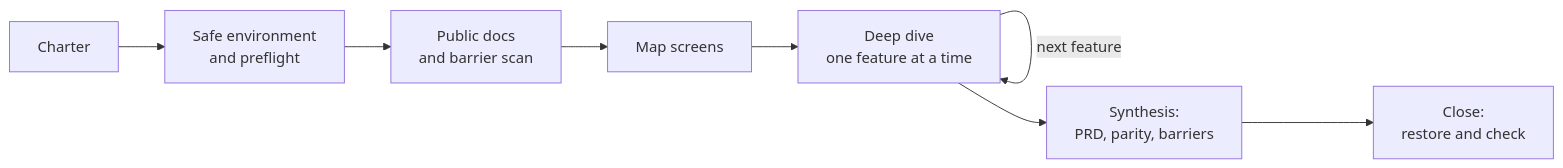
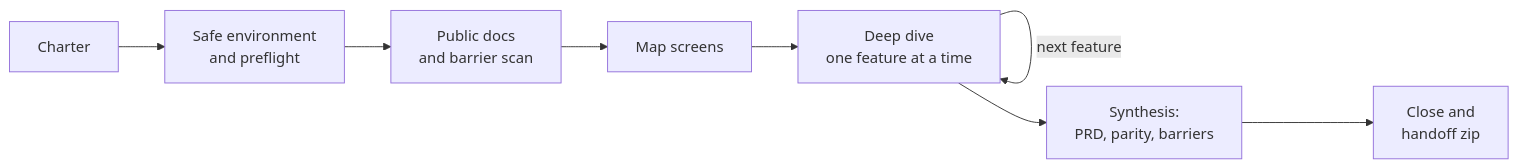
Before and after one commit to AndreAssaiante/res: the diagram in README.md, drawn with Mermaid. The commit also changed other lines of this file and 2 other files, not shown here.

````diff
--- a/README.md
+++ b/README.md
@@ -64,10 +106,10 @@
 ```mermaid
 flowchart LR
     A[Charter] --> B[Safe environment<br/>and preflight]
     B --> C[Public docs<br/>and barrier scan]
     C --> D[Map screens]
     D --> E[Deep dive<br/>one feature at a time]
     E -->|next feature| E
     E --> F[Synthesis:<br/>PRD, parity, barriers]
-    F --> G[Close:<br/>restore and check]
+    F --> G[Close and<br/>handoff zip]
 ```
````
